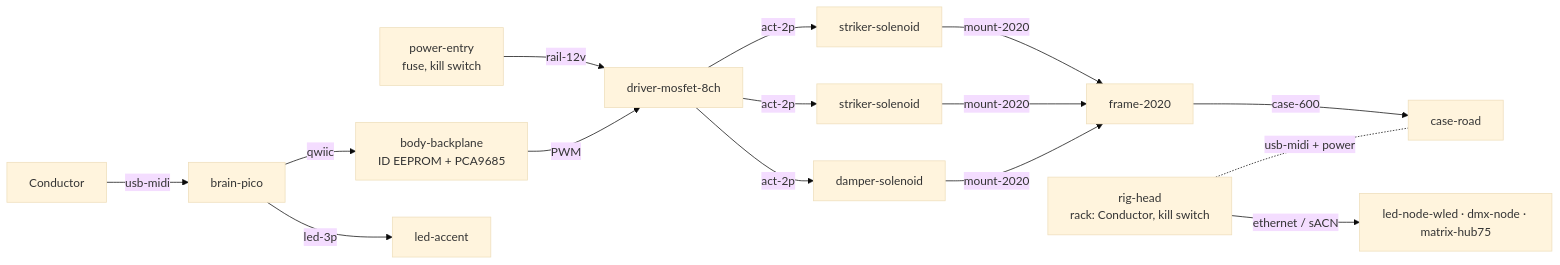
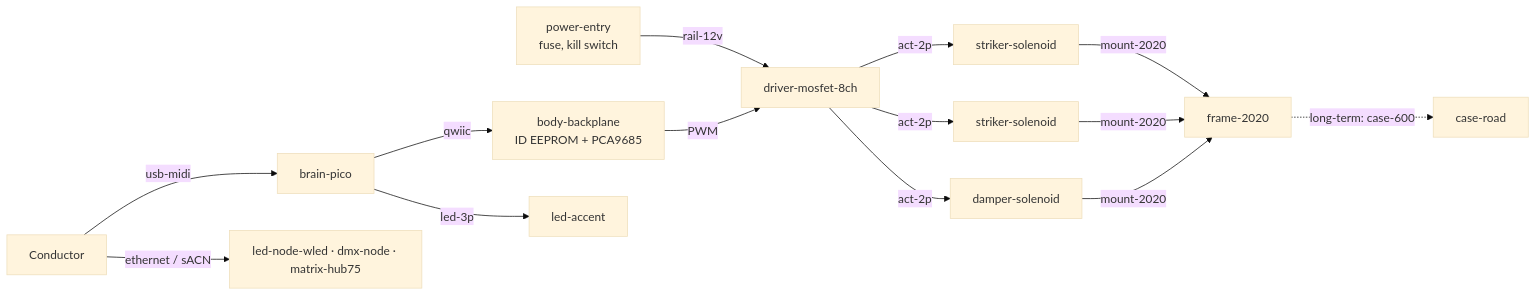
The diagram in hardware/README.md (fotijr/MetroDom), drawn with Mermaid (base theme) before and after one commit. The commit also changed other lines of this file and 25 other files, not shown here.

Commit message:
docs: add play-along goal, defer portability to long-term

````diff
--- a/hardware/README.md
+++ b/hardware/README.md
@@ -42,15 +42,14 @@
 ```mermaid
 flowchart LR
   conductor[Conductor] -- usb-midi --> brain[brain-pico]
   brain -- qwiic --> backplane[body-backplane<br/>ID EEPROM + PCA9685]
   psu[power-entry<br/>fuse, kill switch] -- rail-12v --> driver[driver-mosfet-8ch]
   backplane -- PWM --> driver
   driver -- act-2p --> s1[striker-solenoid]
   driver -- act-2p --> s2[striker-solenoid]
   driver -- act-2p --> d1[damper-solenoid]
   s1 & s2 & d1 -- mount-2020 --> frame[frame-2020]
-  frame -- case-600 --> case[case-road]
-  head[rig-head<br/>rack: Conductor, kill switch] -. usb-midi + power .- case
+  frame -. long-term: case-600 .-> case[case-road]
   brain -- led-3p --> accent[led-accent]
-  head -- ethernet / sACN --> lights[led-node-wled · dmx-node · matrix-hub75]
+  conductor -- ethernet / sACN --> lights[led-node-wled · dmx-node · matrix-hub75]
 ```
````
